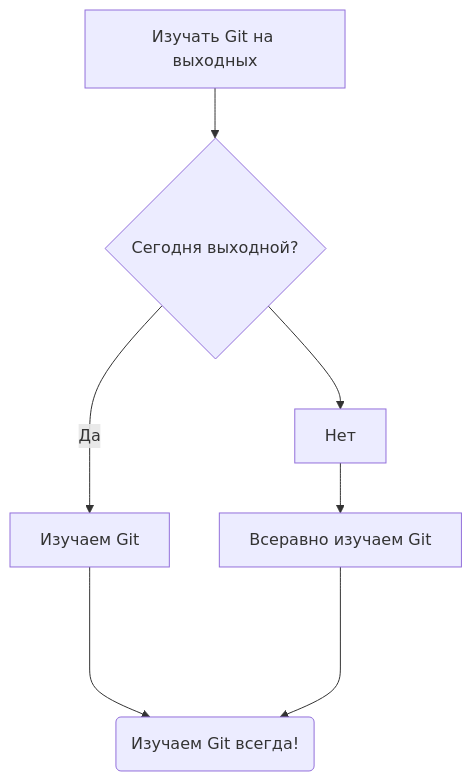
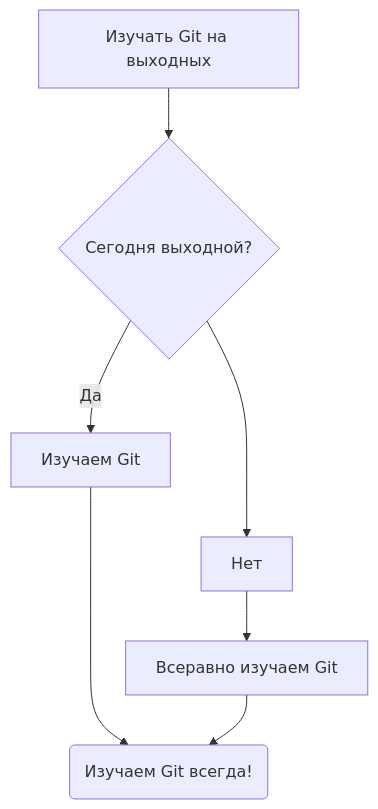
Before and after one commit to Contrabolt/TEST_GIT_FOR_CHAINIKS: the second of 2 diagrams in README.md, drawn with Mermaid.

````diff
--- a/README.md
+++ b/README.md
@@ -220,8 +220,8 @@
 ```mermaid
 flowchart TD;
 A[Изучать Git на выходных] --> B{Сегодня выходной?};
 B -- Да --> C[Изучаем Git];
 B--> Нет --> D[Всеравно изучаем Git];
 C---->E[Изучаем Git всегда!];
-D---->E(Изучаем Git всегда!);
+D-->E(Изучаем Git всегда!);
 ```
````
